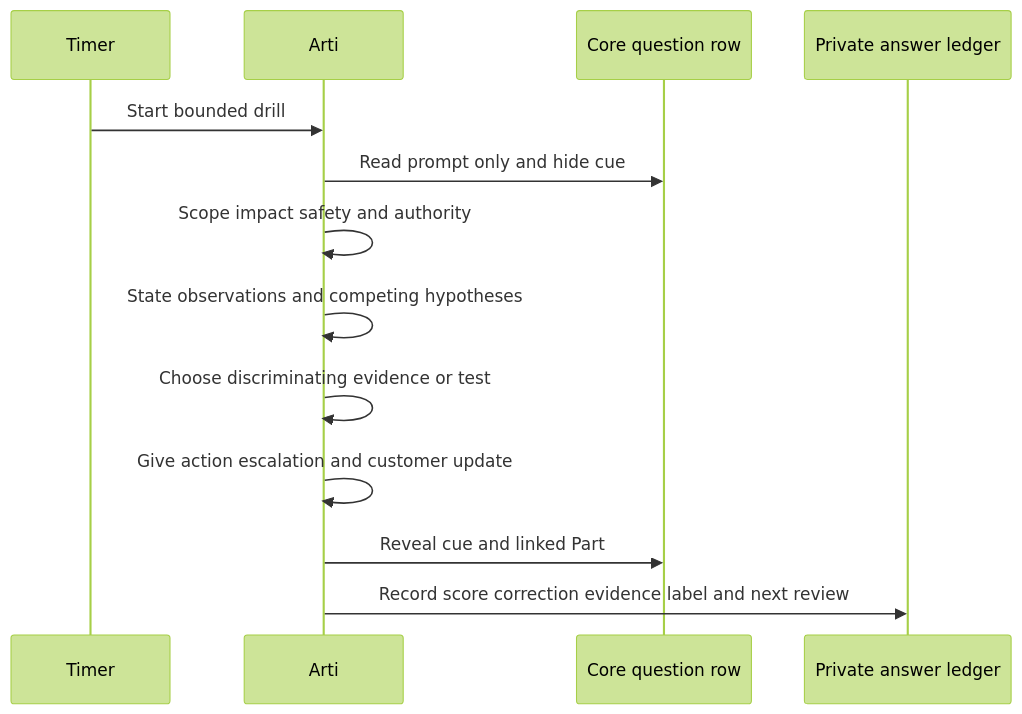
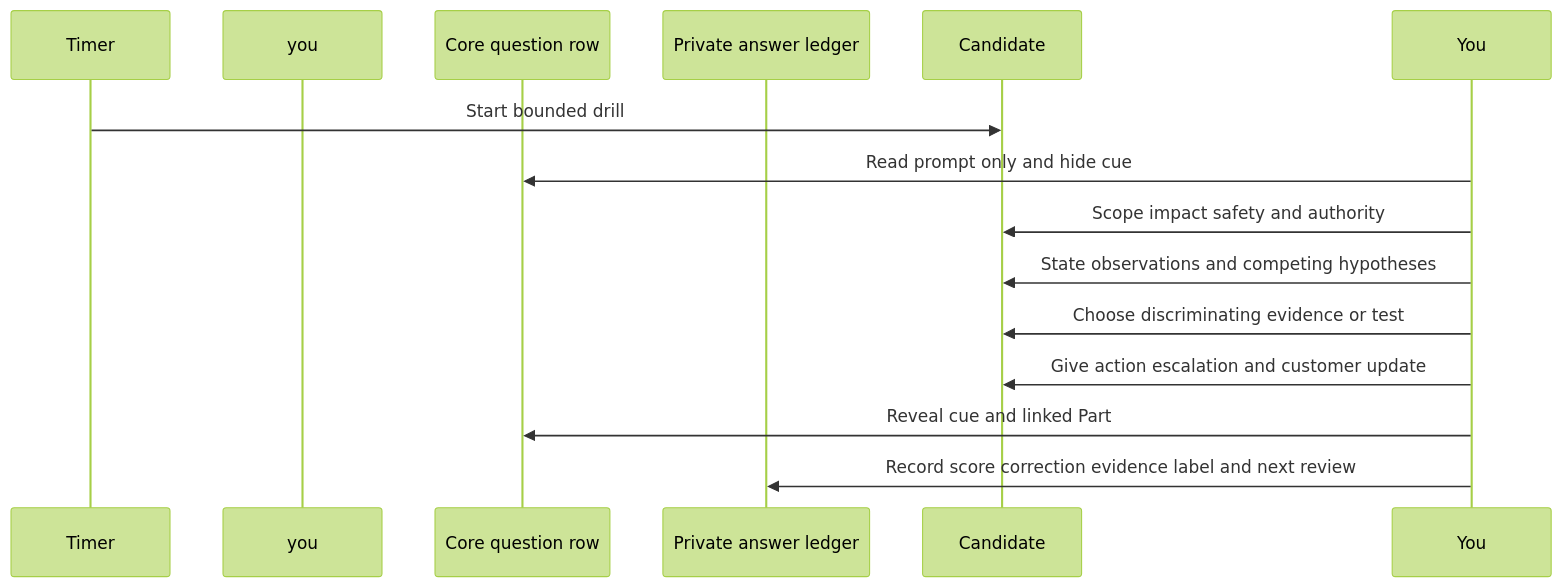
Before and after one commit to hichauhan-in/Interview-Prep: the fourth of 10 diagrams in AbnormalAI TSE/prep/Part-119-final-200-plus-question-bank-and-troubleshooting-drills.md, drawn with Mermaid (forest theme). The commit also changed other lines of this file and 493 other files, not shown here.

````diff
--- a/AbnormalAI TSE/prep/Part-119-final-200-plus-question-bank-and-troubleshooting-drills.md
+++ b/AbnormalAI TSE/prep/Part-119-final-200-plus-question-bank-and-troubleshooting-drills.md
@@ -516,15 +516,15 @@
 ```mermaid
 sequenceDiagram
 	participant Timer
-	participant Arti
+	participant you
 	participant Scenario as Core question row
 	participant Ledger as Private answer ledger
-	Timer->>Arti: Start bounded drill
-	Arti->>Scenario: Read prompt only and hide cue
-	Arti->>Arti: Scope impact safety and authority
-	Arti->>Arti: State observations and competing hypotheses
-	Arti->>Arti: Choose discriminating evidence or test
-	Arti->>Arti: Give action escalation and customer update
-	Arti->>Scenario: Reveal cue and linked Part
-	Arti->>Ledger: Record score correction evidence label and next review
+	Timer->>Candidate: Start bounded drill
+	You->>Scenario: Read prompt only and hide cue
+	You->>Candidate: Scope impact safety and authority
+	You->>Candidate: State observations and competing hypotheses
+	You->>Candidate: Choose discriminating evidence or test
+	You->>Candidate: Give action escalation and customer update
+	You->>Scenario: Reveal cue and linked Part
+	You->>Ledger: Record score correction evidence label and next review
 ```
````
